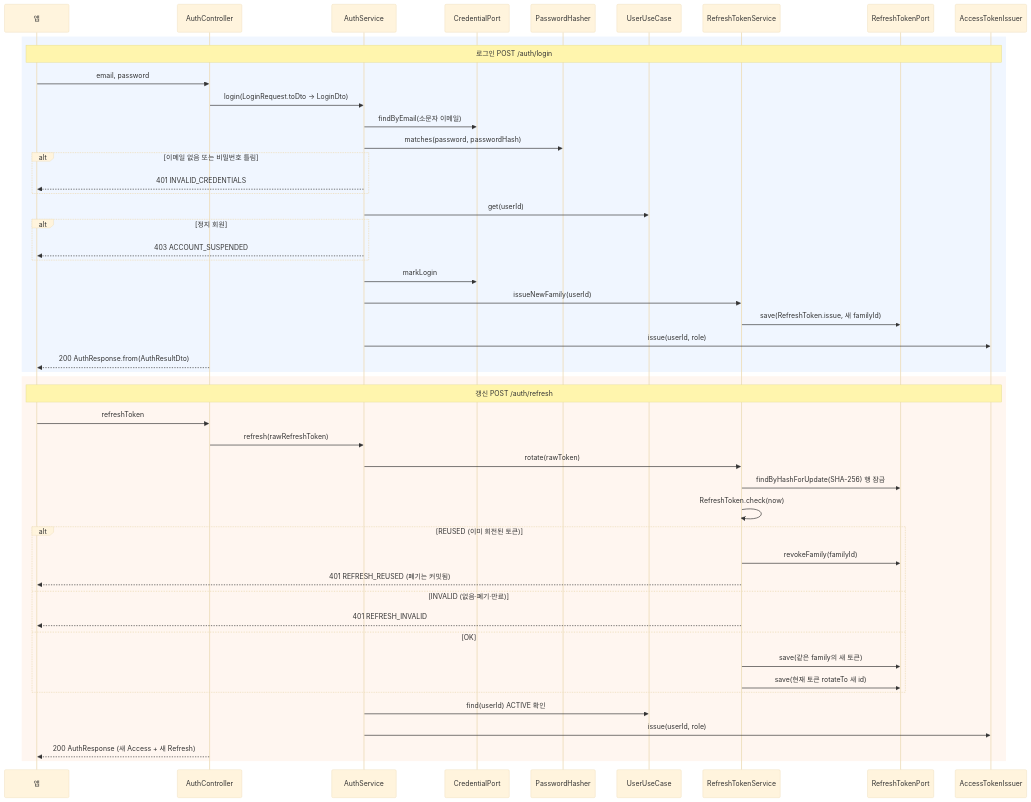
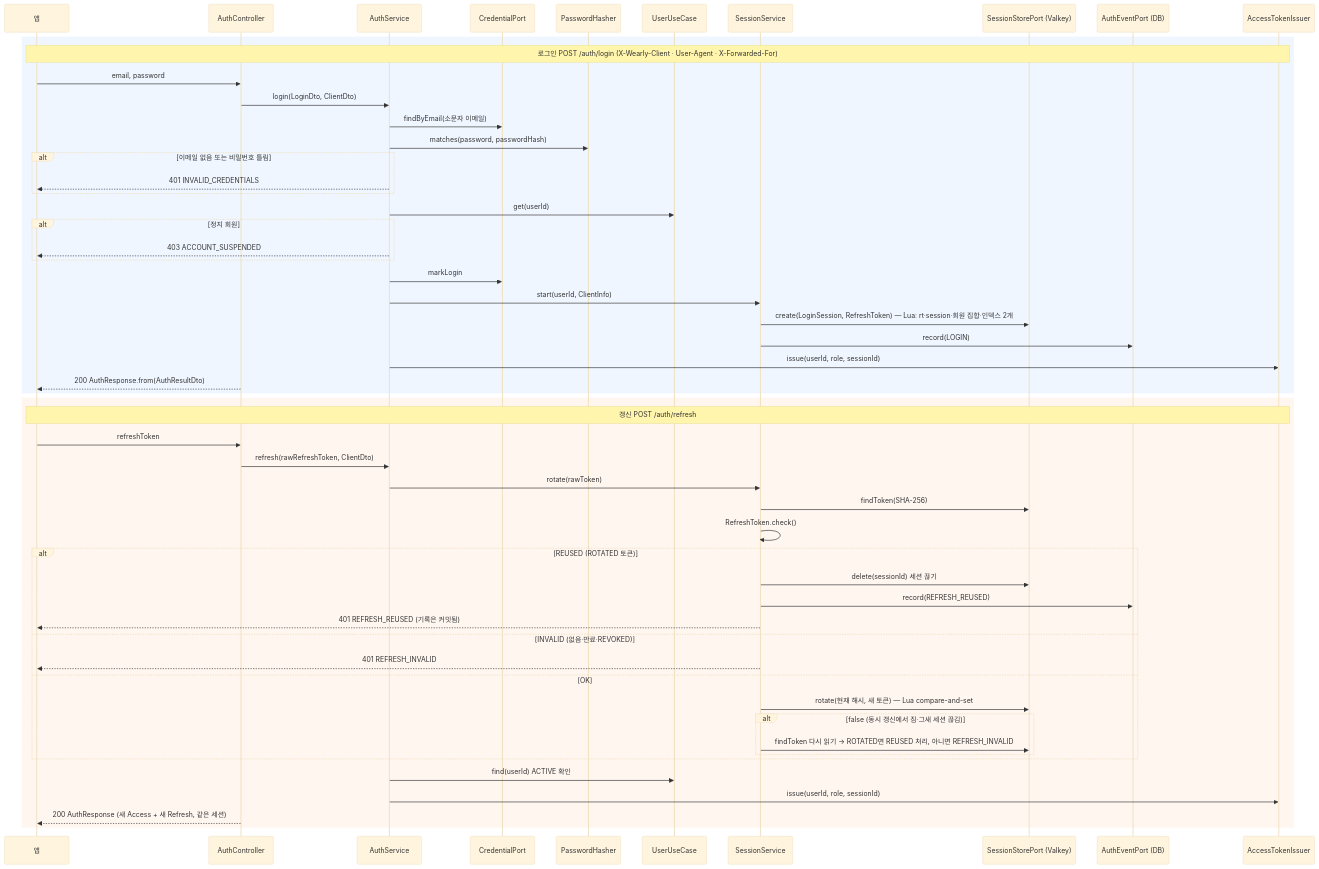
The fourth of 12 diagrams in doc/10_백엔드_흐름.md (showzone83/wearly), drawn with Mermaid (base theme) before and after one commit. The commit also changed other lines of this file and 95 other files, not shown here.

````diff
--- a/doc/10_백엔드_흐름.md
+++ b/doc/10_백엔드_흐름.md
@@ -205,53 +214,58 @@
 ```mermaid
 sequenceDiagram
   participant C as 앱
   participant AC as AuthController
   participant AS as AuthService
   participant CP as CredentialPort
   participant PH as PasswordHasher
   participant US as UserUseCase
-  participant RS as RefreshTokenService
-  participant RP as RefreshTokenPort
+  participant SS as SessionService
+  participant SP as SessionStorePort (Valkey)
+  participant EP as AuthEventPort (DB)
   participant AT as AccessTokenIssuer
 
   rect rgb(240, 246, 255)
-  Note over C,AT: 로그인 POST /auth/login
+  Note over C,AT: 로그인 POST /auth/login (X-Wearly-Client · User-Agent · X-Forwarded-For)
   C->>AC: email, password
-  AC->>AS: login(LoginRequest.toDto → LoginDto)
+  AC->>AS: login(LoginDto, ClientDto)
   AS->>CP: findByEmail(소문자 이메일)
   AS->>PH: matches(password, passwordHash)
   alt 이메일 없음 또는 비밀번호 틀림
     AS-->>C: 401 INVALID_CREDENTIALS
   end
   AS->>US: get(userId)
   alt 정지 회원
     AS-->>C: 403 ACCOUNT_SUSPENDED
   end
   AS->>CP: markLogin
-  AS->>RS: issueNewFamily(userId)
-  RS->>RP: save(RefreshToken.issue, 새 familyId)
-  AS->>AT: issue(userId, role)
+  AS->>SS: start(userId, ClientInfo)
+  SS->>SP: create(LoginSession, RefreshToken) — Lua: rt·session·회원 집합·인덱스 2개
+  SS->>EP: record(LOGIN)
+  AS->>AT: issue(userId, role, sessionId)
   AC-->>C: 200 AuthResponse.from(AuthResultDto)
   end
 
   rect rgb(255, 246, 240)
   Note over C,AT: 갱신 POST /auth/refresh
   C->>AC: refreshToken
-  AC->>AS: refresh(rawRefreshToken)
-  AS->>RS: rotate(rawToken)
-  RS->>RP: findByHashForUpdate(SHA-256) 행 잠금
-  RS->>RS: RefreshToken.check(now)
-  alt REUSED (이미 회전된 토큰)
-    RS->>RP: revokeFamily(familyId)
-    RS-->>C: 401 REFRESH_REUSED (폐기는 커밋됨)
-  else INVALID (없음·폐기·만료)
-    RS-->>C: 401 REFRESH_INVALID
+  AC->>AS: refresh(rawRefreshToken, ClientDto)
+  AS->>SS: rotate(rawToken)
+  SS->>SP: findToken(SHA-256)
+  SS->>SS: RefreshToken.check()
+  alt REUSED (ROTATED 토큰)
+    SS->>SP: delete(sessionId) 세션 끊기
+    SS->>EP: record(REFRESH_REUSED)
+    SS-->>C: 401 REFRESH_REUSED (기록은 커밋됨)
+  else INVALID (없음·만료·REVOKED)
+    SS-->>C: 401 REFRESH_INVALID
   else OK
-    RS->>RP: save(같은 family의 새 토큰)
-    RS->>RP: save(현재 토큰 rotateTo 새 id)
+    SS->>SP: rotate(현재 해시, 새 토큰) — Lua compare-and-set
+    alt false (동시 갱신에서 짐·그새 세션 끊김)
+      SS->>SP: findToken 다시 읽기 → ROTATED면 REUSED 처리, 아니면 REFRESH_INVALID
+    end
   end
   AS->>US: find(userId) ACTIVE 확인
-  AS->>AT: issue(userId, role)
-  AC-->>C: 200 AuthResponse (새 Access + 새 Refresh)
+  AS->>AT: issue(userId, role, sessionId)
+  AC-->>C: 200 AuthResponse (새 Access + 새 Refresh, 같은 세션)
   end
 ```
````
